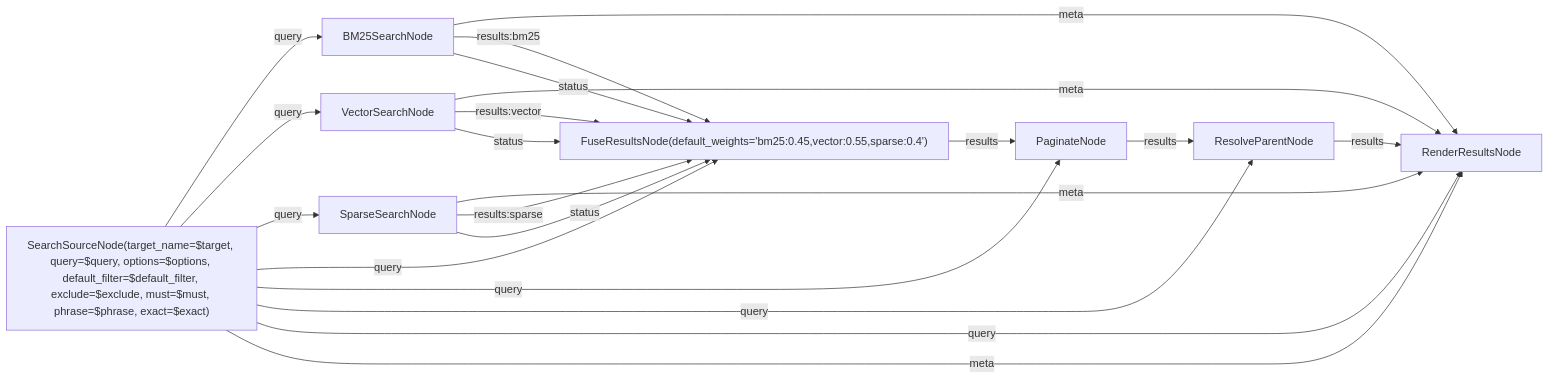
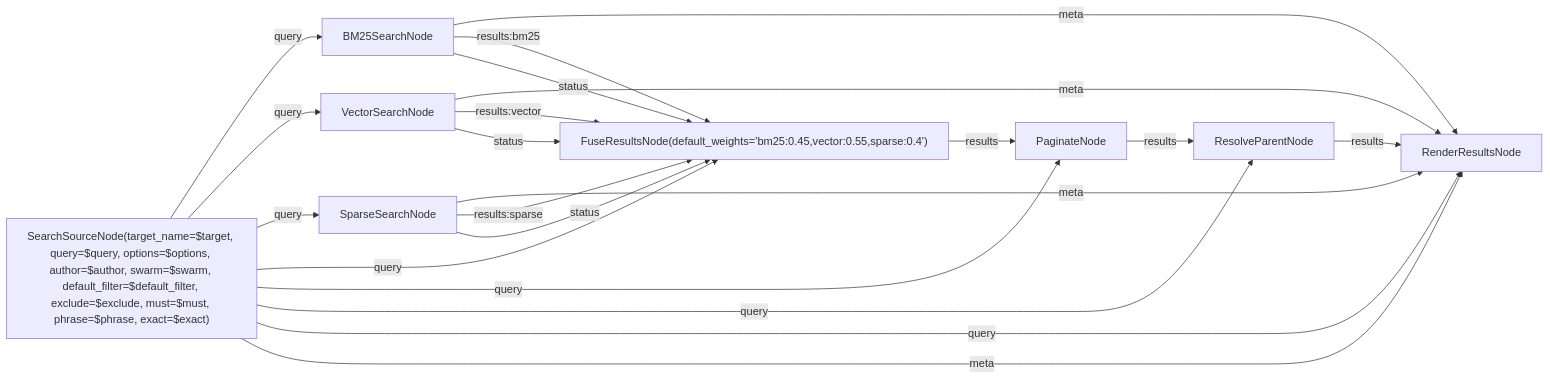
Before and after one commit to L-Defraiteur/rag3db: the diagram in extension/rag3weaver/templates/tools/search_structured.mmd, drawn with Mermaid. The commit also changed 3 other files, not shown here.

Commit message:
feat(rag3weaver): search_structured, livrée à tous les backends, prend author (me, une clé, *) et swarm — me est l'agent de l'appel, donné par l'hôte ; le filtre d'auteur s'ajoute à celui de l'appelant ; swarm accepté avant les swarms

```diff
--- a/extension/rag3weaver/templates/tools/search_structured.mmd
+++ b/extension/rag3weaver/templates/tools/search_structured.mmd
@@ -1,41 +1,43 @@
 %% tool: search_structured
 %% description: Recherche structurée dans une entité : lucivy et dense local, filtres appliqués par chaque signal avant fusion et pagination.
 %% param: target string! -- Entité où chercher.
 %% param: query string! -- Description naturelle ou nom de carte. Du texte seulement : aucun caractère n'y est un opérateur (-, --, +, guillemets, AND/OR, parenthèses sont cherchés tels quels).
 %% param: options json = {} -- SearchOptions : filter_condition, limit, offset, signals, consistency. Les restrictions collection/deck sont injectées ici avant l'exécution.
 %% param: default_filter json = {} -- Un filtre que l'outil pose par défaut (sa liaison au manifeste) : il ne vaut que si options n'a pas de filter_condition ; un filter_condition explicite, même {}, le remplace.
 %% param: exclude json = [] -- Écarter les résultats dont le texte contient l'un de ces mots (liste, ["test"]) ; sans tenir compte de la casse, sauf exact. Avant la limite, pour chaque signal.
 %% param: must json = [] -- Ne garder que les résultats dont le texte contient chacun de ces mots (liste) ; sans tenir compte de la casse, sauf exact.
 %% param: phrase json = [] -- Ne garder que les résultats dont le texte contient chacune de ces phrases, telles quelles (liste) ; sans tenir compte de la casse, sauf exact.
+%% param: author string = "" -- Only what this author wrote: « me » (the agent this call is made for, given by the host, never by the caller), an agent key, or « * » / empty for every author. Added to the filter of the options, never in its place.
+%% param: swarm string = "" -- Only this swarm: « mine », a name, or « * » / empty. Accepted before the swarms exist: it filters nothing yet.
 %% param: exact bool = false -- true : exclude, must et phrase tiennent compte de la casse.
 %% result: render.results
 
 graph LR
-    source["SearchSourceNode(target_name=$target, query=$query, options=$options, default_filter=$default_filter, exclude=$exclude, must=$must, phrase=$phrase, exact=$exact)"]
+    source["SearchSourceNode(target_name=$target, query=$query, options=$options, author=$author, swarm=$swarm, default_filter=$default_filter, exclude=$exclude, must=$must, phrase=$phrase, exact=$exact)"]
     bm25["BM25SearchNode"]
     vector["VectorSearchNode"]
     sparse["SparseSearchNode"]
     fuse["FuseResultsNode(default_weights='bm25:0.45,vector:0.55,sparse:0.4')"]
     paginate["PaginateNode"]
     resolve["ResolveParentNode"]
     render["RenderResultsNode"]
     source -->|query| bm25
     source -->|query| vector
     source -->|query| sparse
     source -->|query| fuse
     source -->|query| paginate
     source -->|query| resolve
     source -->|query| render
     source -->|meta| render
     bm25 -->|meta| render
     vector -->|meta| render
     sparse -->|meta| render
     bm25 -->|results:bm25| fuse
     bm25 -->|status| fuse
     vector -->|results:vector| fuse
     vector -->|status| fuse
     sparse -->|results:sparse| fuse
     sparse -->|status| fuse
     fuse -->|results| paginate
     paginate -->|results| resolve
     resolve -->|results| render
```
